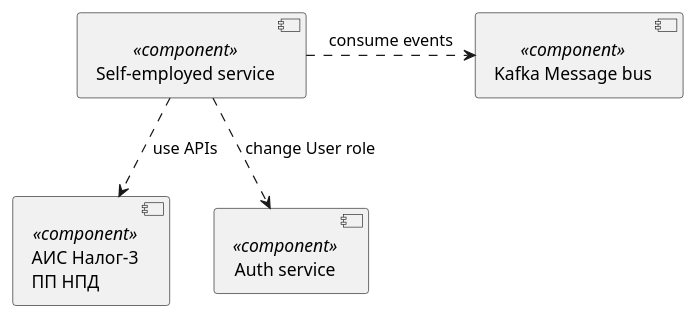
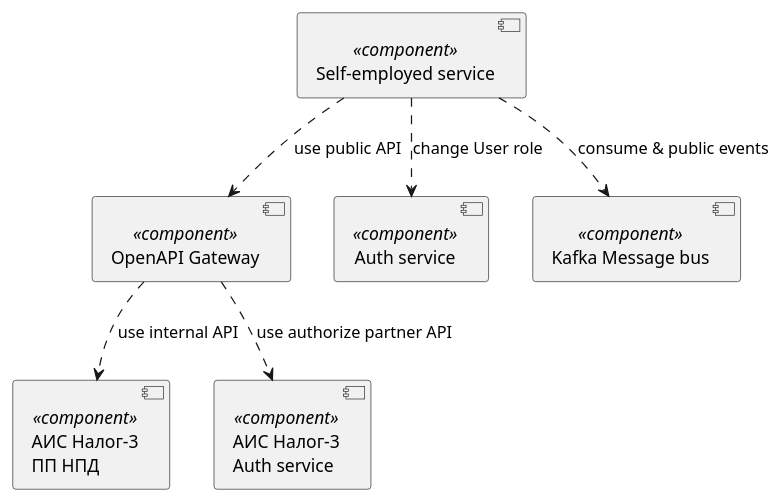
Before and after one commit to RaikBitters/ibank-internal-services: the first of 10 diagrams in diagrams/self-employed-service/components.puml, drawn with PlantUML. The commit also changed other lines of this file and 5 other files, not shown here.

Commit message:
Updated diagrams

```diff
--- a/diagrams/self-employed-service/components.puml
+++ b/diagrams/self-employed-service/components.puml
@@ -1,12 +1,18 @@
 @startuml high-level-model-components
 
 component "АИС Налог-3\nПП НПД" as Tax3 <<component>>
+component "АИС Налог-3\nAuth service" as Tax3AuthService <<component>>
+component "OpenAPI Gateway" as OpenAPI <<component>>
+
 component "Self-employed service" as SelfEmplService <<component>>
 component "Auth service" as AuthService <<component>>
 component "Kafka Message bus" as  Kafka <<component>>
 
-SelfEmplService ..> Tax3: use APIs
+OpenAPI ..> Tax3: use internal API
+OpenAPI ..> Tax3AuthService: use authorize partner API
+
+SelfEmplService ..> OpenAPI: use public API
 SelfEmplService ..> AuthService: change User role
-SelfEmplService .right.> Kafka: consume events
+SelfEmplService ..> Kafka: consume & public events
 
 @enduml
```
